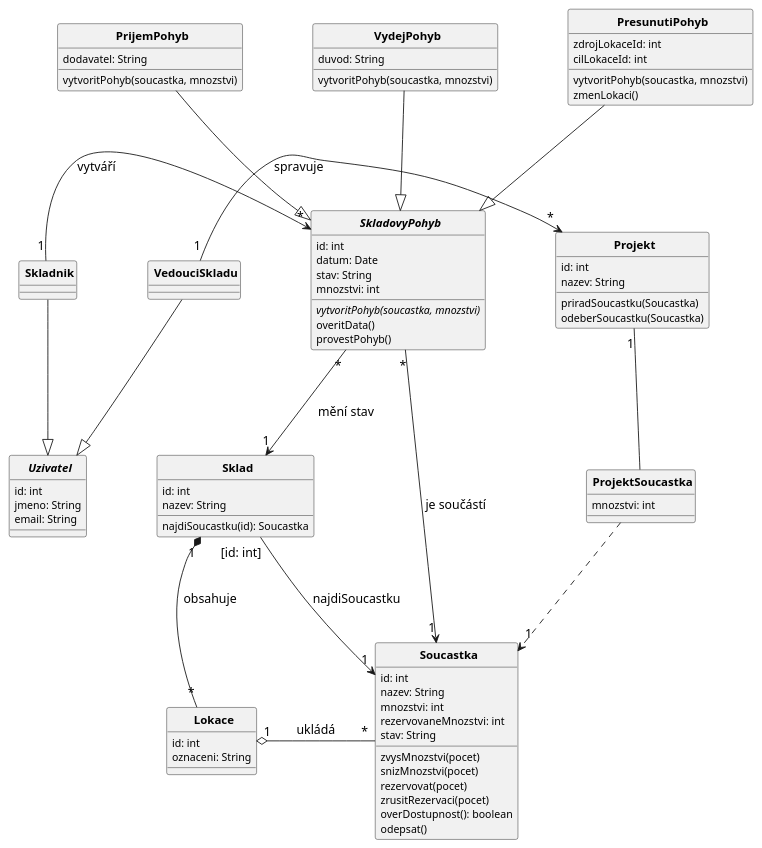
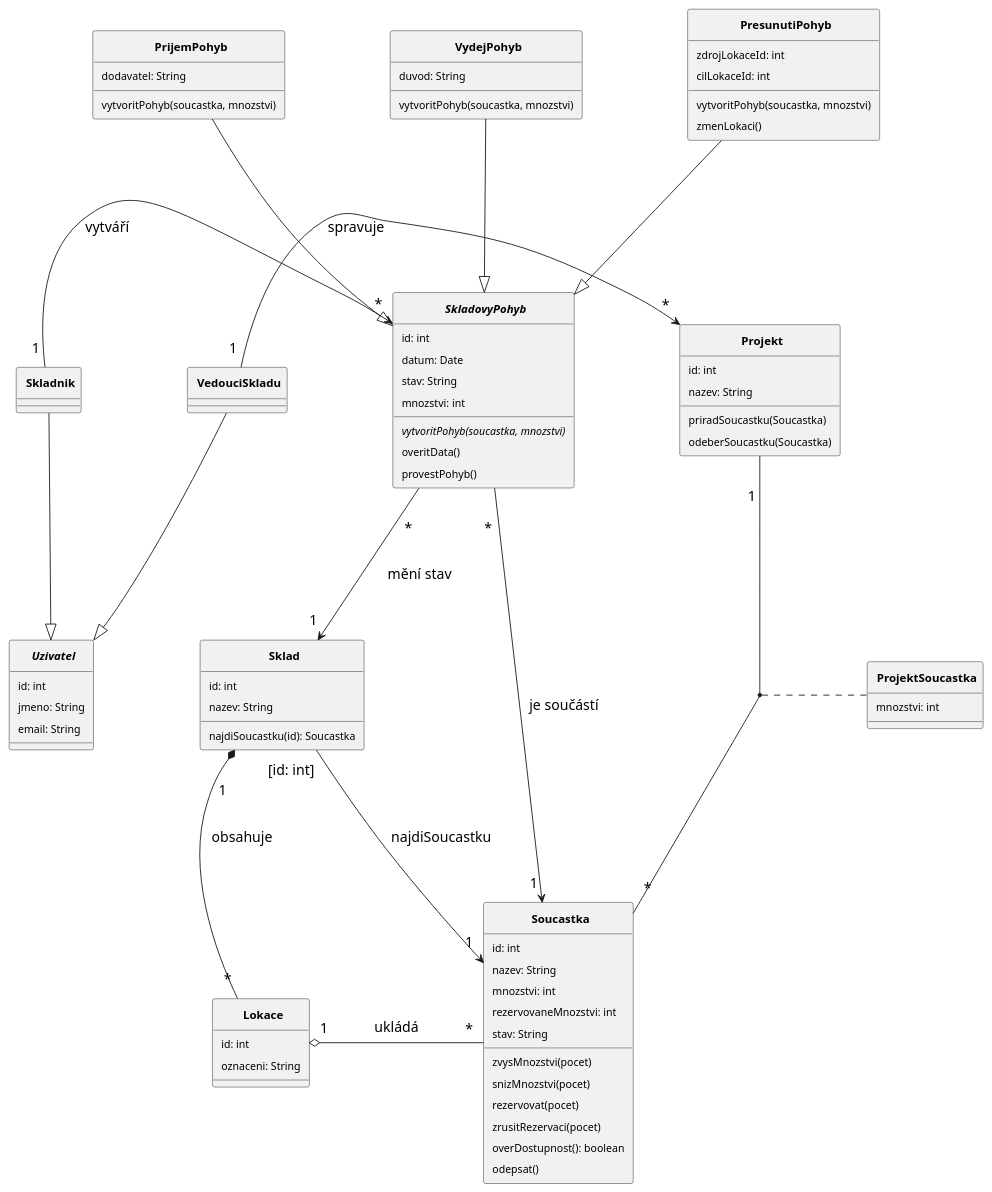
The diagram in diagrams/02_class_diagram.puml (lkvapil/kOdevzdaniProjektWMS), drawn with PlantUML before and after one commit. The commit also changed 12 other files, not shown here.

Commit message:
fix: konzistentni opravy - ArrowFontSize duplikat, ProjektSoucastka mnozstvi, Uzivatel role, overDostupnost v provestPohyb popisu

```diff
--- a/diagrams/02_class_diagram.puml
+++ b/diagrams/02_class_diagram.puml
@@ -1,109 +1,110 @@
 @startuml
 top to bottom direction
 skinparam CircledCharacterRadius 0
 skinparam CircledCharacterFontSize 0
 skinparam defaultFontSize 12
 skinparam classFontSize 13
 skinparam classFontStyle bold
-skinparam ArrowFontSize 14
-skinparam nodesep 80
-skinparam ranksep 80
+skinparam nodesep 120
+skinparam ranksep 120
+skinparam Padding 4
+skinparam ArrowFontSize 16
 
 abstract class Uzivatel {
   id: int
   jmeno: String
   email: String
 }
 
 class Skladnik {
 }
 
 class VedouciSkladu {
 }
 
 class PrijemPohyb {
   dodavatel: String
   vytvoritPohyb(soucastka, mnozstvi)
 }
 
 class VydejPohyb {
   duvod: String
   vytvoritPohyb(soucastka, mnozstvi)
 }
 
 class PresunutiPohyb {
   zdrojLokaceId: int
   cilLokaceId: int
   vytvoritPohyb(soucastka, mnozstvi)
   zmenLokaci()
 }
 
 abstract class SkladovyPohyb {
   id: int
   datum: Date
   stav: String
   mnozstvi: int
   {abstract} vytvoritPohyb(soucastka, mnozstvi)
   overitData()
   provestPohyb()
 }
 
 class Projekt {
   id: int
   nazev: String
   priradSoucastku(Soucastka)
   odeberSoucastku(Soucastka)
 }
 
 class ProjektSoucastka {
   mnozstvi: int
 }
 
 class Sklad {
   id: int
   nazev: String
   najdiSoucastku(id): Soucastka
 }
 
 class Lokace {
   id: int
   oznaceni: String
 }
 
 class Soucastka {
   id: int
   nazev: String
   mnozstvi: int
   rezervovaneMnozstvi: int
   stav: String
   zvysMnozstvi(pocet)
   snizMnozstvi(pocet)
   rezervovat(pocet)
   zrusitRezervaci(pocet)
   overDostupnost(): boolean
   odepsat()
 }
 
 ' -- Generalizace: -down-|> = child ABOVE parent
 PrijemPohyb    -down-|> SkladovyPohyb
 VydejPohyb     -down-|> SkladovyPohyb
 PresunutiPohyb -down-|> SkladovyPohyb
 Skladnik       -down-|> Uzivatel
 VedouciSkladu  -down-|> Uzivatel
 
-' -- ProjektSoucastka (association class)
-Projekt        "1"  --  ProjektSoucastka
-ProjektSoucastka    ..> "1" Soucastka
+' -- ProjektSoucastka jako association class (cara z ProjektSoucastka na vazbu Projekt-Soucastka)
+Projekt "\n1" -- "\n*" Soucastka
+(Projekt, Soucastka) .. ProjektSoucastka
 
 ' -- Kvalifikovana vazba
-Sklad "[id: int]" -right-> "1" Soucastka : \nnajdiSoucastku
+Sklad "[id: int]" -right-> "\n1" Soucastka : \nnajdiSoucastku
 
 ' -- Asociace
-VedouciSkladu "1" -right-> "*" Projekt       : \nspravuje
-Skladnik      "1" -right-> "*" SkladovyPohyb : \nvytváří
-SkladovyPohyb "*"  -->     "1" Sklad         : \nmění stav
-SkladovyPohyb "*"  -->     "1" Soucastka     : \nje součástí
-Sklad         "1" *--      "*" Lokace        : \nobsahuje
-Lokace        "1" o-right- "*" Soucastka     : \nukládá
+VedouciSkladu "\n1" -right-> "\n*" Projekt       : \nspravuje
+Skladnik      "\n1" -right-> "\n*" SkladovyPohyb : \nvytváří
+SkladovyPohyb "\n*"  -->     "\n1" Sklad         : \nmění stav
+SkladovyPohyb "\n*"  -->     "\n1" Soucastka     : \nje součástí
+Sklad         "\n1" *--      "\n*" Lokace        : \nobsahuje
+Lokace        "\n1" o-right- "\n*" Soucastka     : \nukládá
 
 @enduml
```
